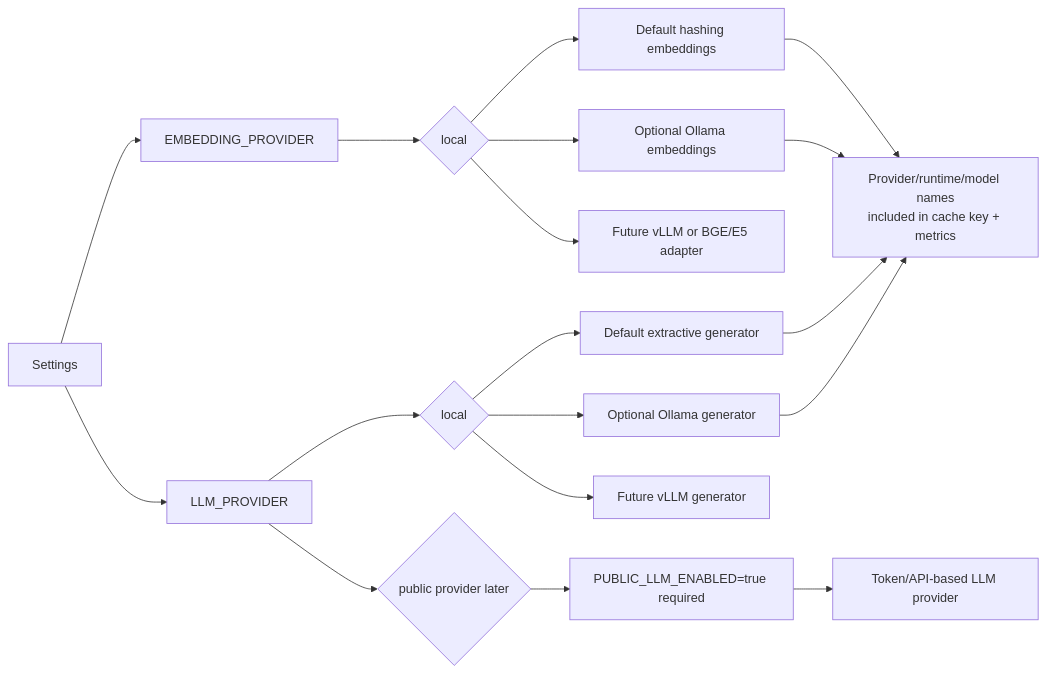
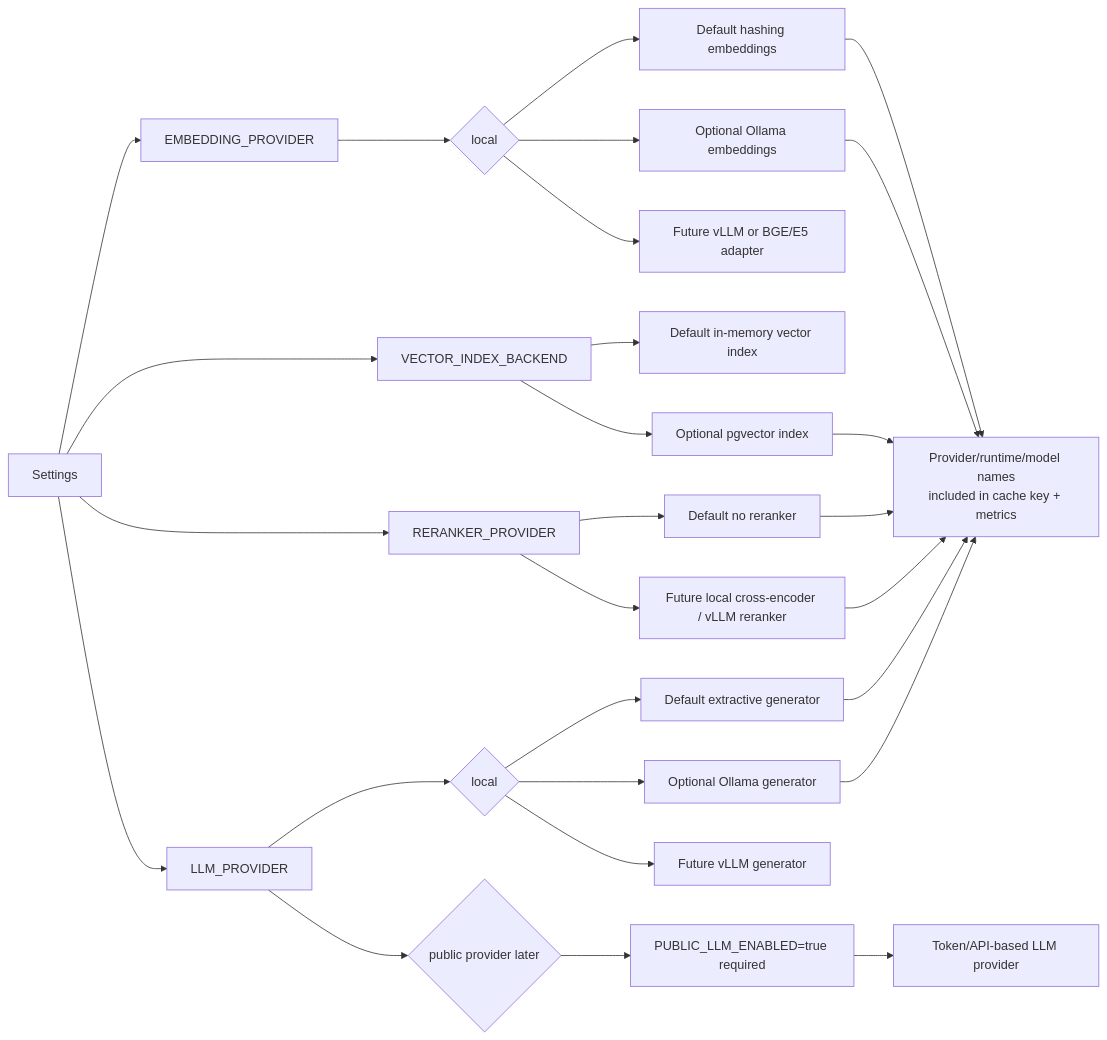
The sixth of 10 diagrams in docs/flow-diagrams.md (lnrdwarampudis-git/rag-saas-docs-ingestion-poc), drawn with Mermaid before and after one commit. The commit also changed 21 other files, not shown here.

Commit message:
Add upload sessions vector index and reranker scaffolding

````diff
--- a/docs/flow-diagrams.md
+++ b/docs/flow-diagrams.md
@@ -156,20 +156,29 @@
 ```mermaid
 flowchart LR
   config["Settings"] --> embeddingProvider["EMBEDDING_PROVIDER"]
+  config --> vectorIndex["VECTOR_INDEX_BACKEND"]
+  config --> rerankerProvider["RERANKER_PROVIDER"]
   config --> llmProvider["LLM_PROVIDER"]
   embeddingProvider --> localEmbedding{"local"}
   localEmbedding --> hashing["Default hashing embeddings"]
   localEmbedding --> ollamaEmbedding["Optional Ollama embeddings"]
   localEmbedding --> futureEmbedding["Future vLLM or BGE/E5 adapter"]
+  vectorIndex --> memoryIndex["Default in-memory vector index"]
+  vectorIndex --> pgvectorIndex["Optional pgvector index"]
+  rerankerProvider --> noReranker["Default no reranker"]
+  rerankerProvider --> futureReranker["Future local cross-encoder / vLLM reranker"]
   llmProvider --> localLlm{"local"}
   localLlm --> extractive["Default extractive generator"]
   localLlm --> ollamaLlm["Optional Ollama generator"]
   localLlm --> futureLlm["Future vLLM generator"]
   llmProvider --> public{"public provider later"}
   public --> gate["PUBLIC_LLM_ENABLED=true required"]
   gate --> tokenApi["Token/API-based LLM provider"]
   hashing --> cacheKey["Provider/runtime/model names<br/>included in cache key + metrics"]
   extractive --> cacheKey
   ollamaEmbedding --> cacheKey
   ollamaLlm --> cacheKey
+  pgvectorIndex --> cacheKey
+  noReranker --> cacheKey
+  futureReranker --> cacheKey
 ```
````
